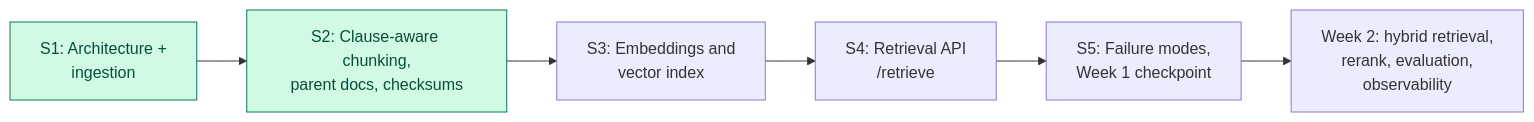
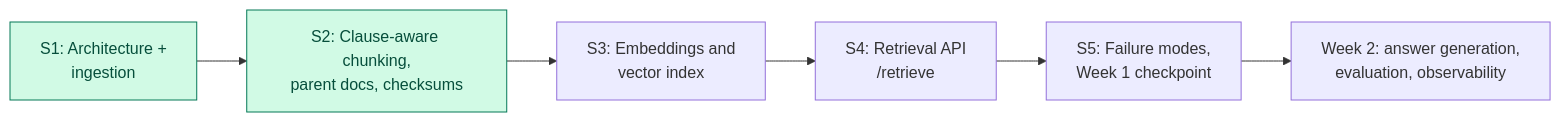
One commit to bharathk5678/NexaAssist changed the eighth of 8 diagrams in README.md. Above: the diagram before and after it, drawn with Mermaid. The commit also changed other lines of this file and 18 other files, not shown here.

First line of the commit message:
feat: add grounded answer generation and RAG failure-mode examples

````diff
--- a/README.md
+++ b/README.md
@@ -729,10 +854,10 @@
 ```mermaid
 flowchart LR
     S1["S1: Architecture +<br/>ingestion"]:::done --> S2["S2: Clause-aware chunking,<br/>parent docs, checksums"]:::done
     S2 --> S3["S3: Embeddings and<br/>vector index"]
     S3 --> S4["S4: Retrieval API<br/>/retrieve"]
     S4 --> S5["S5: Failure modes,<br/>Week 1 checkpoint"]
-    S5 --> W2["Week 2: hybrid retrieval,<br/>rerank, evaluation,<br/>observability"]
+    S5 --> W2["Week 2: answer generation,<br/>evaluation, observability"]
 
     classDef done fill:#d1fae5,stroke:#047857,color:#064e3b
 ```
````
